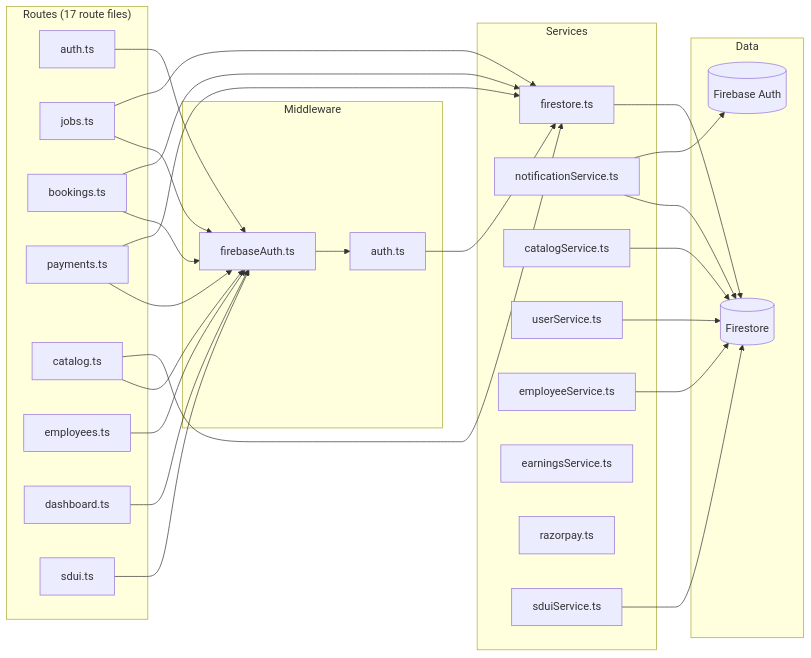
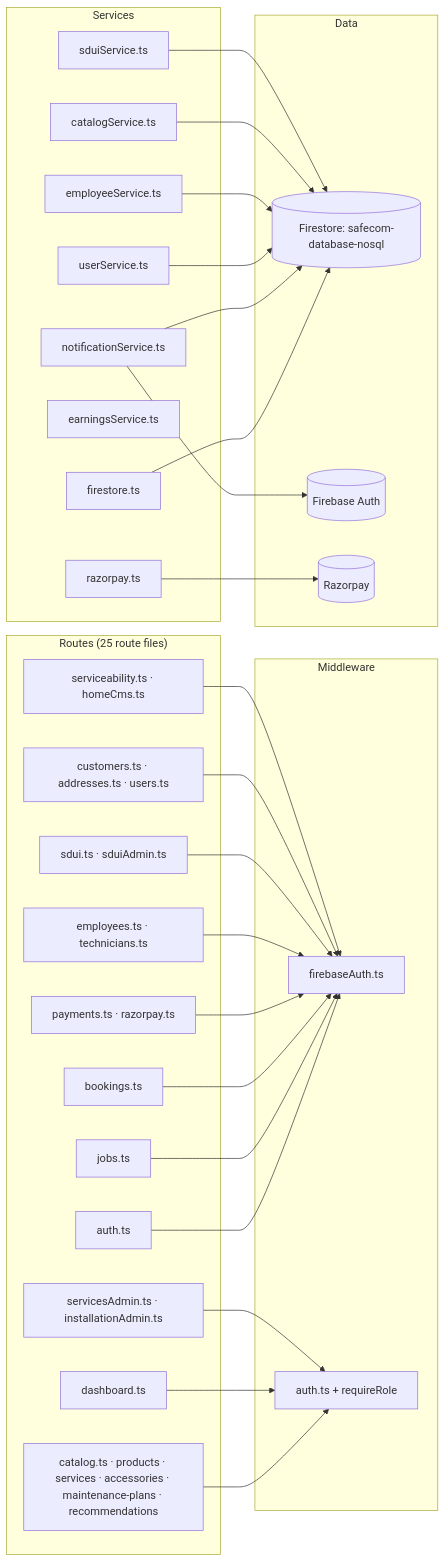
The fourth of 5 diagrams in Architecture/02_Component_Diagrams/README.md (Pushkarjay/SafeCom-Application), drawn with Mermaid before and after one commit. The commit also changed other lines of this file and 18 other files, not shown here.

First line of the commit message:
docs: audit architecture 2026-05-09 → 2026-08-09 — append deltas, add 21_UI_UX

````diff
--- a/Architecture/02_Component_Diagrams/README.md
+++ b/Architecture/02_Component_Diagrams/README.md
@@ -148,58 +166,59 @@
 ```mermaid
 flowchart LR
-    subgraph "Routes (17 route files)"
+    subgraph "Routes (25 route files)"
         AuthR[auth.ts]
         JobR[jobs.ts]
         BookingR[bookings.ts]
-        PayR[payments.ts]
-        CatR[catalog.ts]
-        EmpR[employees.ts]
+        PayR[payments.ts · razorpay.ts]
+        CatR[catalog.ts · products · services · accessories · maintenance-plans · recommendations]
+        EmpR[employees.ts · technicians.ts]
         DashR[dashboard.ts]
-        SDUIR[sdui.ts]
+        SDUIR[sdui.ts · sduiAdmin.ts]
+        SvcAdminR[servicesAdmin.ts · installationAdmin.ts]
+        CustR[customers.ts · addresses.ts · users.ts]
+        SvcR[serviceability.ts · homeCms.ts]
     end
 
     subgraph "Middleware"
         FireAuth[firebaseAuth.ts]
-        JWT[auth.ts]
+        JWT[auth.ts + requireRole]
     end
 
     subgraph "Services"
         Firestore[firestore.ts]
         Notif[notificationService.ts]
         Catalog[catalogService.ts]
         User[userService.ts]
         Emp[employeeService.ts]
         Earn[earningsService.ts]
         Razor[razorpay.ts]
         SDUI[sduiService.ts]
     end
 
     subgraph "Data"
-        FS[(Firestore)]
+        FS[(Firestore: safecom-database-nosql)]
         FBA[(Firebase Auth)]
+        RZ[(Razorpay)]
     end
 
     AuthR --> FireAuth
     JobR --> FireAuth
     BookingR --> FireAuth
     PayR --> FireAuth
-    CatR --> FireAuth
+    CatR --> JWT
     EmpR --> FireAuth
-    DashR --> FireAuth
+    DashR --> JWT
     SDUIR --> FireAuth
-
-    FireAuth --> JWT
-    JWT --> Firestore
-    JobR --> Firestore
-    BookingR --> Firestore
-    PayR --> Firestore
-    CatR --> Firestore
+    SvcAdminR --> JWT
+    CustR --> FireAuth
+    SvcR --> FireAuth
 
     Firestore --> FS
     Notif --> FS
     User --> FS
     Emp --> FS
     Catalog --> FS
     SDUI --> FS
     Notif --> FBA
+    Razor --> RZ
 ```
````
